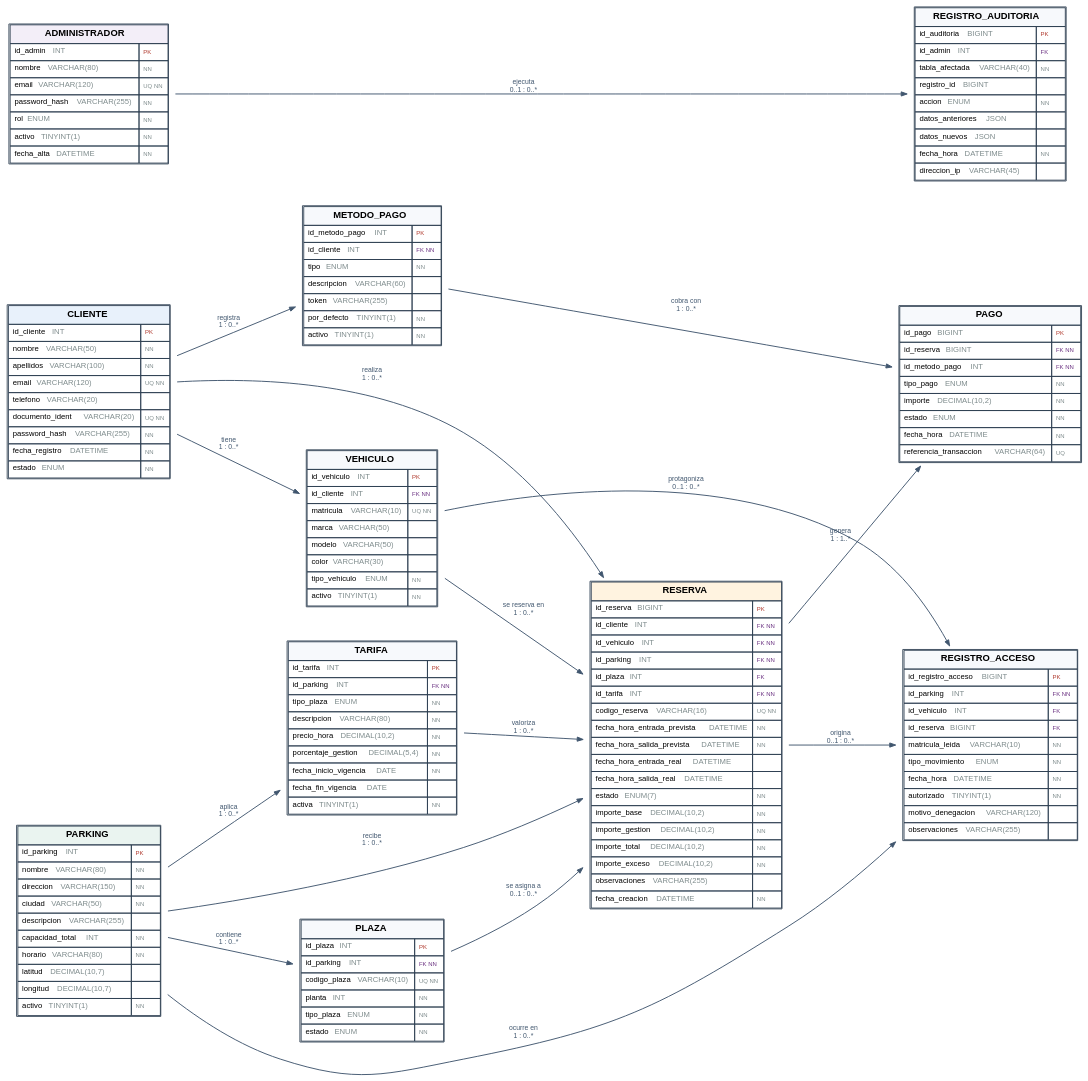
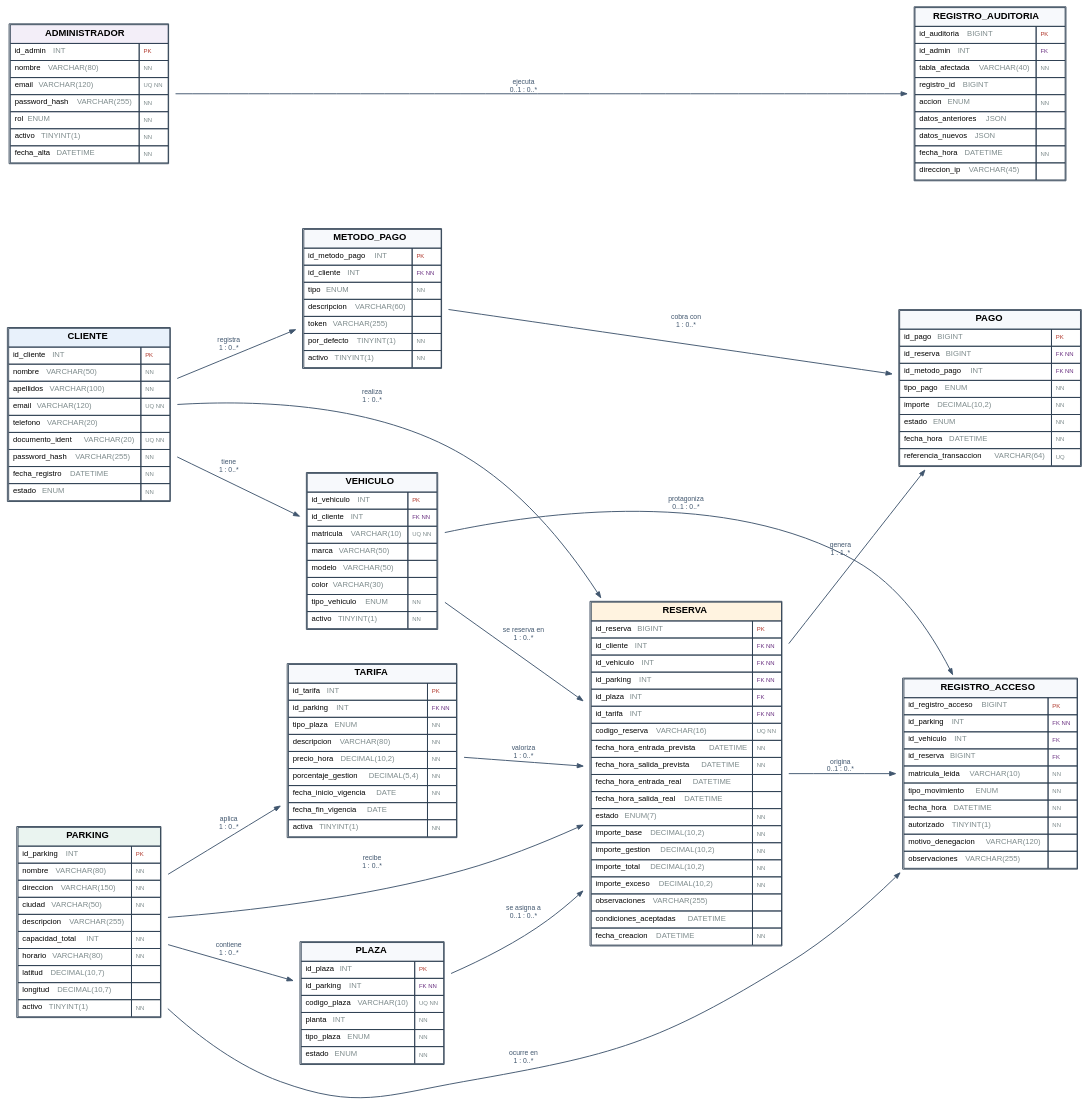
One commit to bose069-web/Proyecto-Parking changed the diagram in tarraco-parkings/docs/img/modelo-er-atributos.dot. Above: the diagram before and after it, drawn with Graphviz. The commit also changed 44 other files, not shown here.

```diff
--- a/tarraco-parkings/docs/img/modelo-er-atributos.dot
+++ b/tarraco-parkings/docs/img/modelo-er-atributos.dot
@@ -97,6 +97,7 @@
       <TR><TD ALIGN="LEFT">importe_total <FONT COLOR="#7F8C8D">DECIMAL(10,2)</FONT></TD><TD ALIGN="LEFT" WIDTH="34"><FONT COLOR="#7F8C8D" POINT-SIZE="7">NN</FONT></TD></TR>
       <TR><TD ALIGN="LEFT">importe_exceso <FONT COLOR="#7F8C8D">DECIMAL(10,2)</FONT></TD><TD ALIGN="LEFT" WIDTH="34"><FONT COLOR="#7F8C8D" POINT-SIZE="7">NN</FONT></TD></TR>
       <TR><TD ALIGN="LEFT">observaciones <FONT COLOR="#7F8C8D">VARCHAR(255)</FONT></TD><TD></TD></TR>
+      <TR><TD ALIGN="LEFT">condiciones_aceptadas <FONT COLOR="#7F8C8D">DATETIME</FONT></TD><TD></TD></TR>
       <TR><TD ALIGN="LEFT">fecha_creacion <FONT COLOR="#7F8C8D">DATETIME</FONT></TD><TD ALIGN="LEFT" WIDTH="34"><FONT COLOR="#7F8C8D" POINT-SIZE="7">NN</FONT></TD></TR>
     </TABLE>>];
   PAGO [label=<
```
